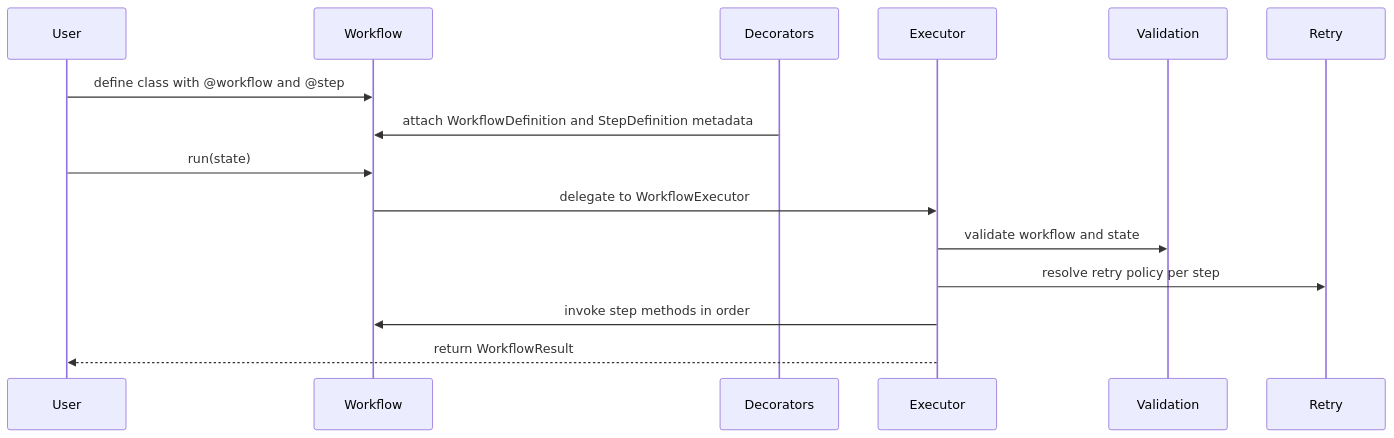
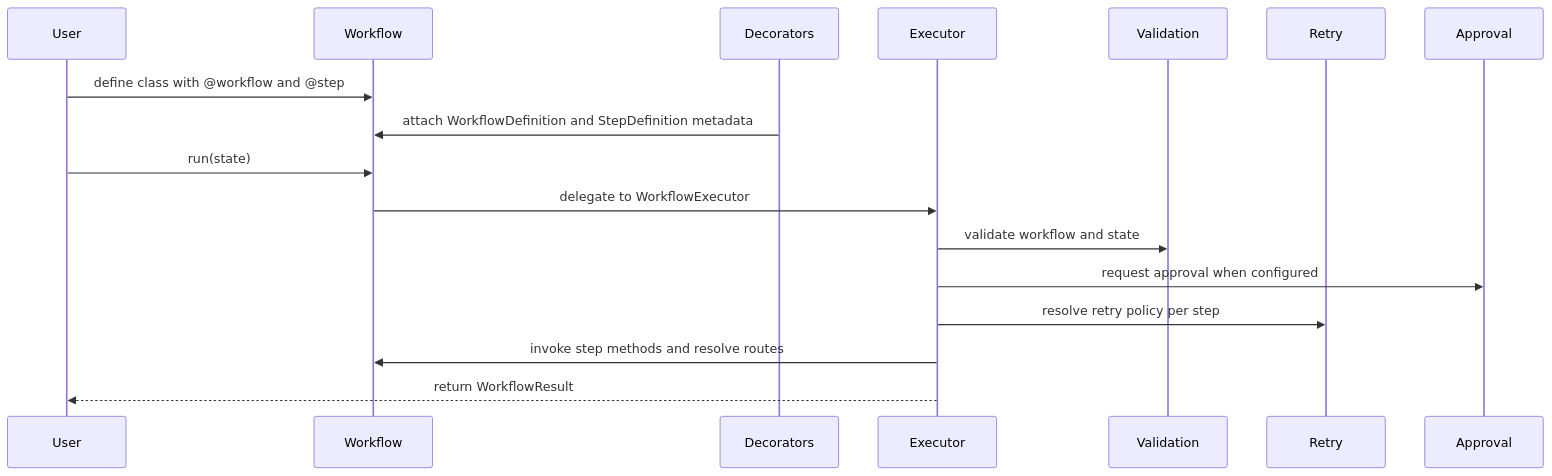
One commit to danishali778/agentflowkit changed the second of 2 diagrams in docs/architecture/overview.md. Above: the diagram before and after it, drawn with Mermaid. The commit also changed other lines of this file and 9 other files, not shown here.

````diff
--- a/docs/architecture/overview.md
+++ b/docs/architecture/overview.md
@@ -111,18 +143,20 @@
 ```mermaid
 sequenceDiagram
     participant User
     participant Workflow
     participant Decorators
     participant Executor
     participant Validation
     participant Retry
+    participant Approval
 
     User->>Workflow: define class with @workflow and @step
     Decorators->>Workflow: attach WorkflowDefinition and StepDefinition metadata
     User->>Workflow: run(state)
     Workflow->>Executor: delegate to WorkflowExecutor
     Executor->>Validation: validate workflow and state
+    Executor->>Approval: request approval when configured
     Executor->>Retry: resolve retry policy per step
-    Executor->>Workflow: invoke step methods in order
+    Executor->>Workflow: invoke step methods and resolve routes
     Executor-->>User: return WorkflowResult
 ```
````
